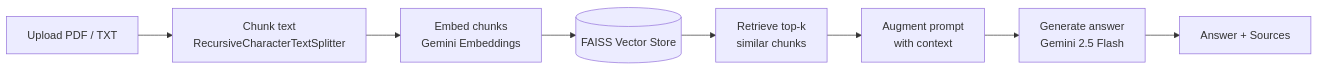
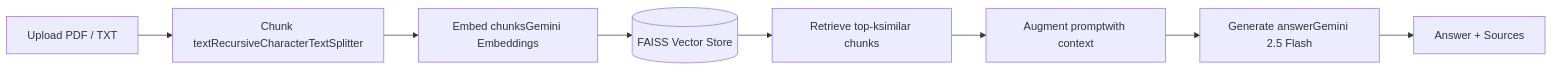
One commit to Shahid-codr7/HR-Compass changed the diagram in README.md. Above: the diagram before and after it, drawn with Mermaid. The commit also changed other lines of this file, not shown here.

Commit message:
Update README with live app link and formatting changes
Removed badge images and added a live app link. Updated flowchart and table formatting for clarity.

````diff
--- a/README.md
+++ b/README.md
@@ -31,10 +29,10 @@
 ```mermaid
 flowchart LR
-    A[Upload PDF / TXT] --> B[Chunk text<br/>RecursiveCharacterTextSplitter]
-    B --> C[Embed chunks<br/>Gemini Embeddings]
+    A[Upload PDF / TXT] --> B[Chunk textRecursiveCharacterTextSplitter]
+    B --> C[Embed chunksGemini Embeddings]
     C --> D[(FAISS Vector Store)]
-    D --> E[Retrieve top-k<br/>similar chunks]
-    E --> F[Augment prompt<br/>with context]
-    F --> G[Generate answer<br/>Gemini 2.5 Flash]
+    D --> E[Retrieve top-ksimilar chunks]
+    E --> F[Augment promptwith context]
+    F --> G[Generate answerGemini 2.5 Flash]
     G --> H[Answer + Sources]
 ```
````
